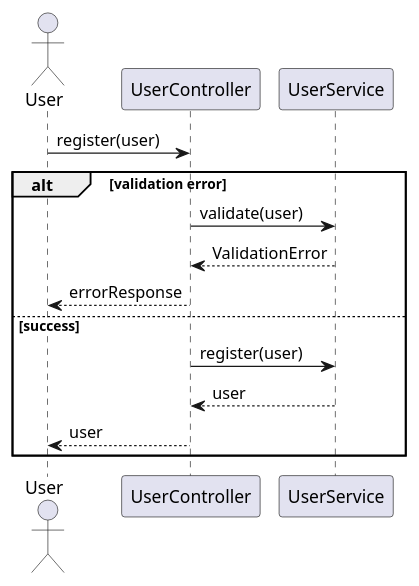
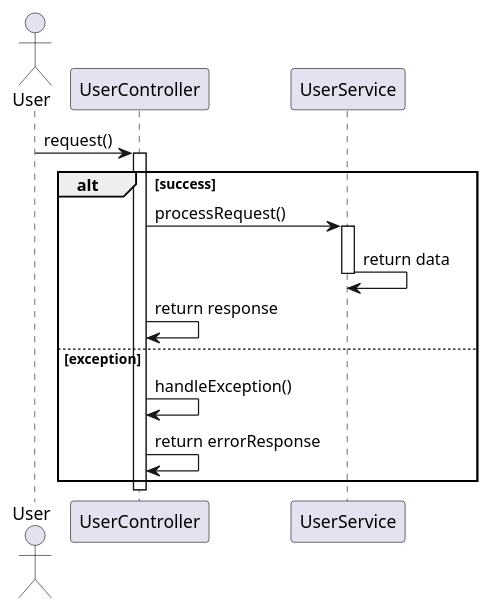
The fifth of 6 diagrams in identityprovider/documentation/detaileddesign.adoc (Dinesh-s95/AutoDoc.ai), drawn with PlantUML before and after one commit. The commit also changed other lines of this file and 4 other files, not shown here.

````diff
--- a/identityprovider/documentation/detaileddesign.adoc
+++ b/identityprovider/documentation/detaileddesign.adoc
@@ -337,18 +418,23 @@
-```plantuml
+[plantuml, "exception-handling-sequence", png]
+----
 @startuml
 actor User
 participant UserController
 participant UserService
 
-User -> UserController : register(user)
-alt validation error
-    UserController -> UserService : validate(user)
-    UserService --> UserController : ValidationError
-    UserController --> User : errorResponse
-else success
-    UserController -> UserService : register(user)
-    UserService --> UserController : user
-    UserController --> User : user
+User -> UserController : request()
+activate UserController
+
+alt success
+  UserController -> UserService : processRequest()
+  activate UserService
+  UserService -> UserService : return data
+  deactivate UserService
+  UserController -> UserController : return response
+else exception
+  UserController -> UserController : handleException()
+  UserController -> UserController : return errorResponse
 end
+deactivate UserController
 @enduml
-```
+----
````
